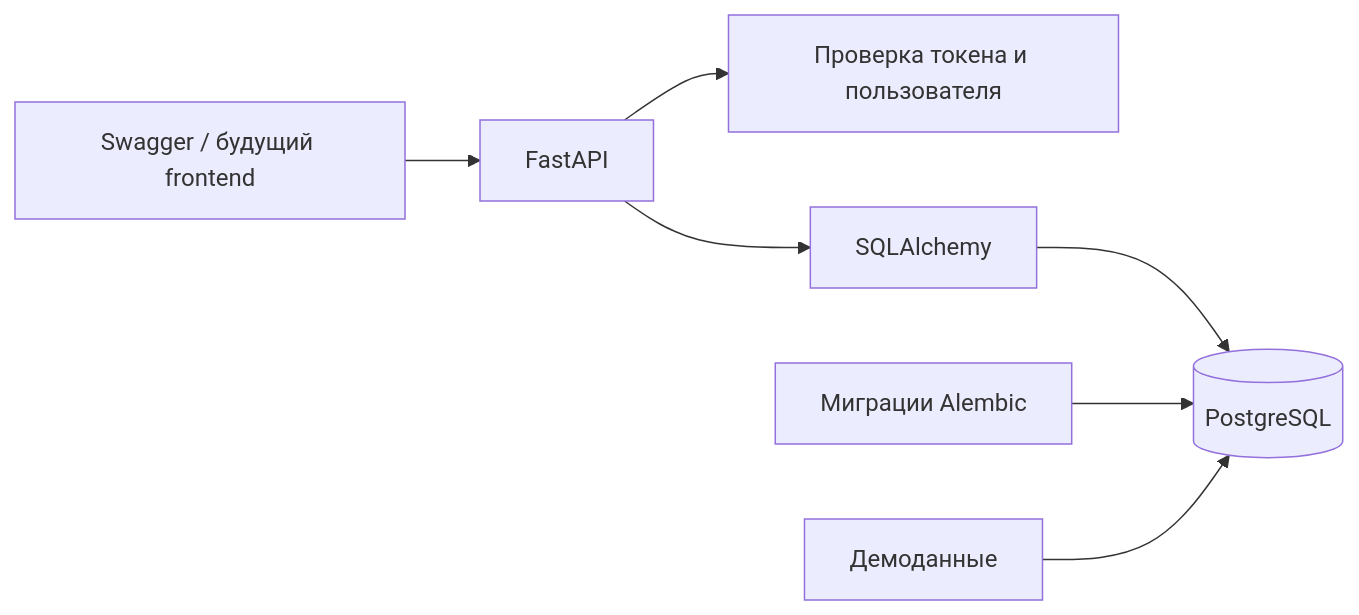
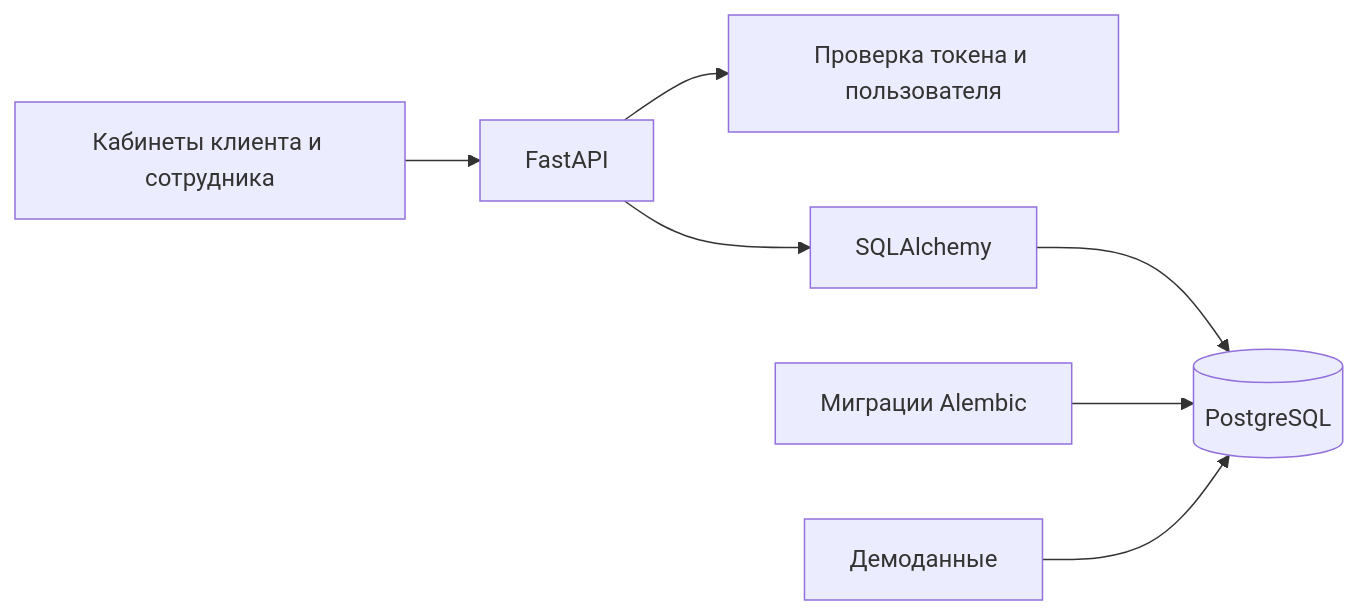
One commit to ttsbtw/McDonald_AlfaHackathon changed the first of 2 diagrams in backend/docs/architecture.md. Above: the diagram before and after it, drawn with Mermaid. The commit also changed other lines of this file and 6 other files, not shown here.

````diff
--- a/backend/docs/architecture.md
+++ b/backend/docs/architecture.md
@@ -3,9 +3,9 @@
 ```mermaid
 flowchart LR
-    Browser[Swagger / будущий frontend] --> API[FastAPI]
+    Browser[Кабинеты клиента и сотрудника] --> API[FastAPI]
     API --> Auth[Проверка токена и пользователя]
     API --> ORM[SQLAlchemy]
     ORM --> PG[(PostgreSQL)]
     Alembic[Миграции Alembic] --> PG
     Seed[Демоданные] --> PG
 ```
````
